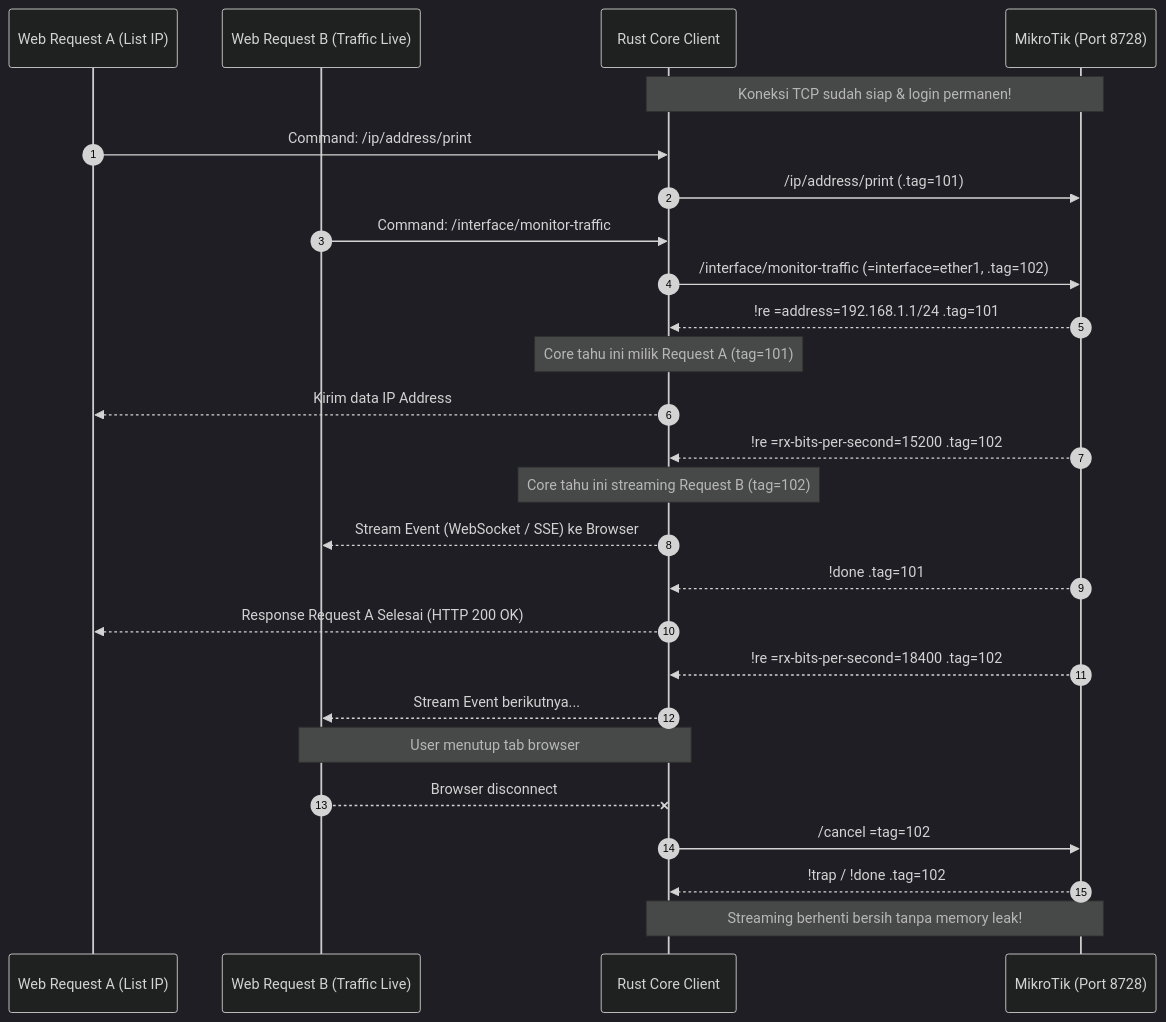
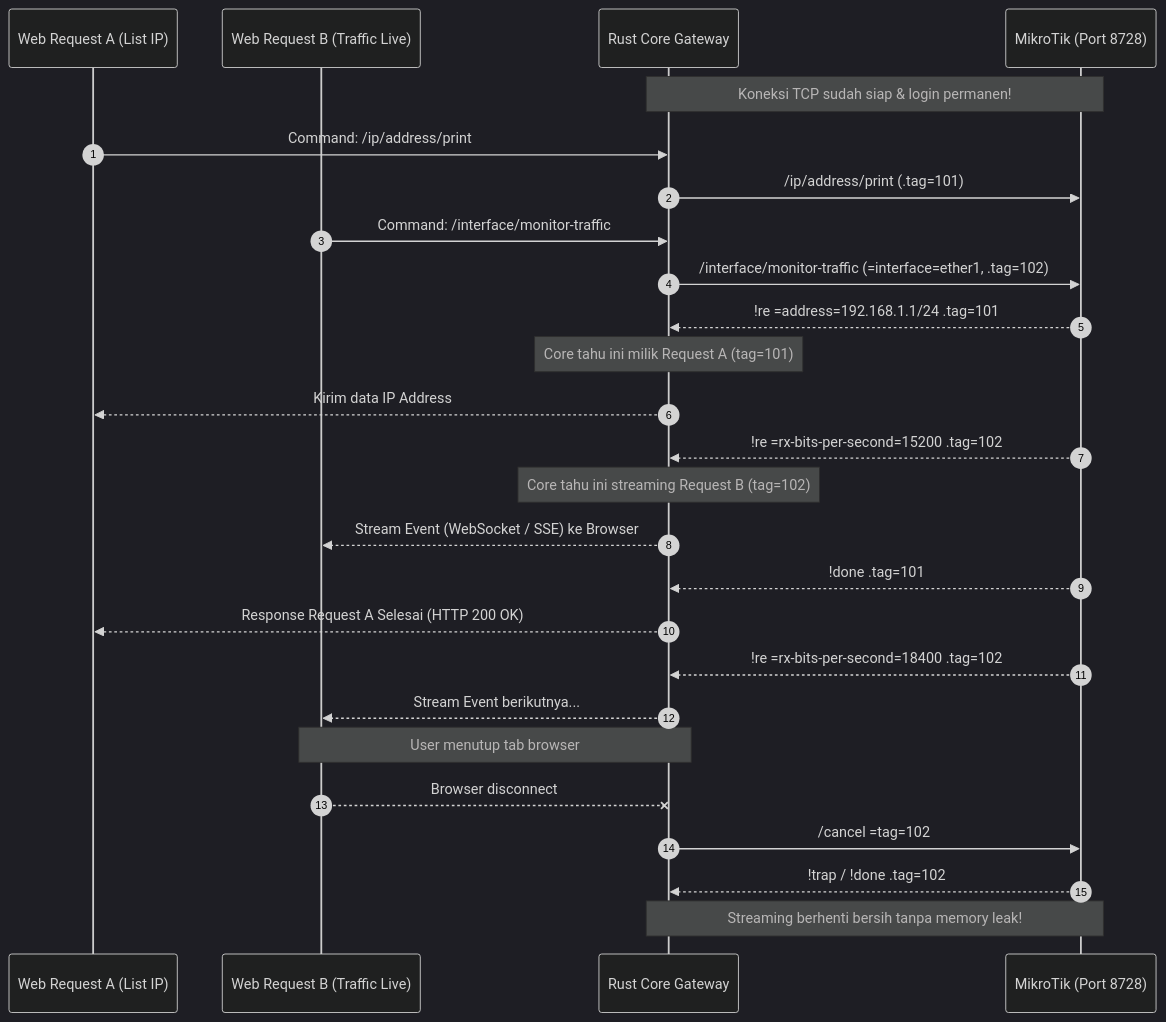
The third of 3 diagrams in docs/01-arsitektur-dan-alur.md (salman-mustapa/mikrotik-service), drawn with Mermaid (dark theme) before and after one commit. The commit also changed other lines of this file and 5 other files, not shown here.

Commit message:
docs: refine architecture SVG layout, update README and outline docs with enterprise NOC engineering depth

````diff
--- a/docs/01-arsitektur-dan-alur.md
+++ b/docs/01-arsitektur-dan-alur.md
@@ -87,36 +94,36 @@
 ```mermaid
 sequenceDiagram
     autonumber
     participant App1 as Web Request A (List IP)
     participant App2 as Web Request B (Traffic Live)
-    participant Core as Rust Core Client
+    participant Core as Rust Core Gateway
     participant MT as MikroTik (Port 8728)
 
     Note over Core,MT: Koneksi TCP sudah siap & login permanen!
 
     App1->>Core: Command: /ip/address/print
     Core->>MT: /ip/address/print (.tag=101)
     
     App2->>Core: Command: /interface/monitor-traffic
     Core->>MT: /interface/monitor-traffic (=interface=ether1, .tag=102)
 
     MT-->>Core: !re =address=192.168.1.1/24 .tag=101
     Note over Core: Core tahu ini milik Request A (tag=101)
     Core-->>App1: Kirim data IP Address
 
     MT-->>Core: !re =rx-bits-per-second=15200 .tag=102
     Note over Core: Core tahu ini streaming Request B (tag=102)
     Core-->>App2: Stream Event (WebSocket / SSE) ke Browser
 
     MT-->>Core: !done .tag=101
     Core-->>App1: Response Request A Selesai (HTTP 200 OK)
 
     MT-->>Core: !re =rx-bits-per-second=18400 .tag=102
     Core-->>App2: Stream Event berikutnya...
 
     Note over App2,Core: User menutup tab browser
     App2--xCore: Browser disconnect
     Core->>MT: /cancel =tag=102
     MT-->>Core: !trap / !done .tag=102
     Note over Core,MT: Streaming berhenti bersih tanpa memory leak!
 ```
````
